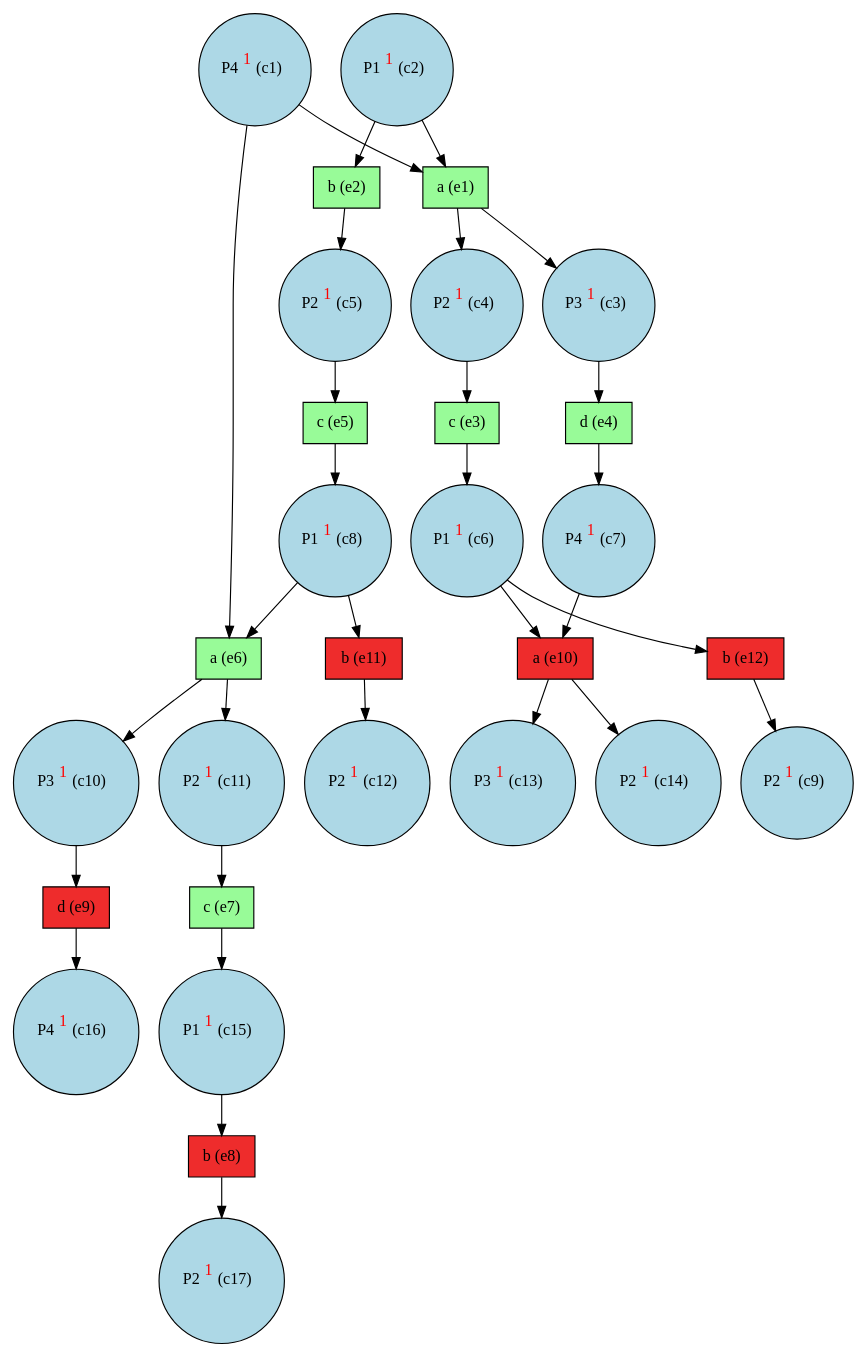
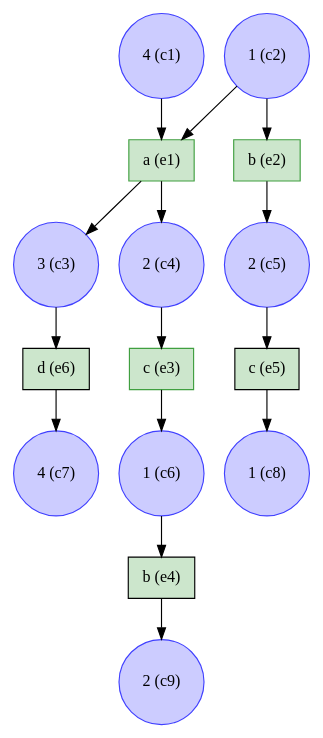
One commit to giannkas/ecofolder changed the diagram in examples/stefan_slide_unf.dot. Above: the diagram before and after it, drawn with Graphviz. The commit also changed 33 other files, not shown here.

```diff
--- a/examples/stefan_slide_unf.dot
+++ b/examples/stefan_slide_unf.dot
@@ -1,61 +1,31 @@
 digraph test {
-  c1 -> e6;
   c1 -> e1;
   c2 -> e2;
   c2 -> e1;
   e1 -> c3;
-  c3 -> e4;
+  c3 -> e6;
   e1 -> c4;
   c4 -> e3;
   e2 -> c5;
   c5 -> e5;
   e3 -> c6;
-  c6 -> e10;
-  c6 -> e12;
-  e4 -> c7;
-  c7 -> e10;
+  c6 -> e4;
+  e6 -> c7;
   e5 -> c8;
-  c8 -> e11;
-  c8 -> e6;
-  e12 -> c9;
-  e6 -> c10;
-  c10 -> e9;
-  e6 -> c11;
-  c11 -> e7;
-  e11 -> c12;
-  e10 -> c13;
-  e10 -> c14;
-  e7 -> c15;
-  c15 -> e8;
-  e9 -> c16;
-  e8 -> c17;
-  c1 [fillcolor=lightblue label= <P4<FONT COLOR="red"><SUP>1</SUP></FONT>&nbsp;(c1)> shape=circle style=filled];
-  c2 [fillcolor=lightblue label= <P1<FONT COLOR="red"><SUP>1</SUP></FONT>&nbsp;(c2)> shape=circle style=filled];
-  c3 [fillcolor=lightblue label= <P3<FONT COLOR="red"><SUP>1</SUP></FONT>&nbsp;(c3)> shape=circle style=filled];
-  c4 [fillcolor=lightblue label= <P2<FONT COLOR="red"><SUP>1</SUP></FONT>&nbsp;(c4)> shape=circle style=filled];
-  c5 [fillcolor=lightblue label= <P2<FONT COLOR="red"><SUP>1</SUP></FONT>&nbsp;(c5)> shape=circle style=filled];
-  c6 [fillcolor=lightblue label= <P1<FONT COLOR="red"><SUP>1</SUP></FONT>&nbsp;(c6)> shape=circle style=filled];
-  c7 [fillcolor=lightblue label= <P4<FONT COLOR="red"><SUP>1</SUP></FONT>&nbsp;(c7)> shape=circle style=filled];
-  c8 [fillcolor=lightblue label= <P1<FONT COLOR="red"><SUP>1</SUP></FONT>&nbsp;(c8)> shape=circle style=filled];
-  c9 [fillcolor=lightblue label= <P2<FONT COLOR="red"><SUP>1</SUP></FONT>&nbsp;(c9)> shape=circle style=filled];
-  c10 [fillcolor=lightblue label= <P3<FONT COLOR="red"><SUP>1</SUP></FONT>&nbsp;(c10)> shape=circle style=filled];
-  c11 [fillcolor=lightblue label= <P2<FONT COLOR="red"><SUP>1</SUP></FONT>&nbsp;(c11)> shape=circle style=filled];
-  c12 [fillcolor=lightblue label= <P2<FONT COLOR="red"><SUP>1</SUP></FONT>&nbsp;(c12)> shape=circle style=filled];
-  c13 [fillcolor=lightblue label= <P3<FONT COLOR="red"><SUP>1</SUP></FONT>&nbsp;(c13)> shape=circle style=filled];
-  c14 [fillcolor=lightblue label= <P2<FONT COLOR="red"><SUP>1</SUP></FONT>&nbsp;(c14)> shape=circle style=filled];
-  c15 [fillcolor=lightblue label= <P1<FONT COLOR="red"><SUP>1</SUP></FONT>&nbsp;(c15)> shape=circle style=filled];
-  c16 [fillcolor=lightblue label= <P4<FONT COLOR="red"><SUP>1</SUP></FONT>&nbsp;(c16)> shape=circle style=filled];
-  c17 [fillcolor=lightblue label= <P2<FONT COLOR="red"><SUP>1</SUP></FONT>&nbsp;(c17)> shape=circle style=filled];
-  e1 [fillcolor=palegreen label="a (e1)" shape=box style=filled];
-  e2 [fillcolor=palegreen label="b (e2)" shape=box style=filled];
-  e3 [fillcolor=palegreen label="c (e3)" shape=box style=filled];
-  e4 [fillcolor=palegreen label="d (e4)" shape=box style=filled];
-  e5 [fillcolor=palegreen label="c (e5)" shape=box style=filled];
-  e6 [fillcolor=palegreen label="a (e6)" shape=box style=filled];
-  e7 [fillcolor=palegreen label="c (e7)" shape=box style=filled];
-  e8 [fillcolor=firebrick2 label="b (e8)" shape=box style=filled];
-  e9 [fillcolor=firebrick2 label="d (e9)" shape=box style=filled];
-  e10 [fillcolor=firebrick2 label="a (e10)" shape=box style=filled];
-  e11 [fillcolor=firebrick2 label="b (e11)" shape=box style=filled];
-  e12 [fillcolor=firebrick2 label="b (e12)" shape=box style=filled];
+  e4 -> c9;
+  c1 [color="#4040ff" fillcolor="#ccccff" label="4 (c1)" shape=circle style=filled];
+  c2 [color="#4040ff" fillcolor="#ccccff" label="1 (c2)" shape=circle style=filled];
+  c3 [color="#4040ff" fillcolor="#ccccff" label="3 (c3)" shape=circle style=filled];
+  c4 [color="#4040ff" fillcolor="#ccccff" label="2 (c4)" shape=circle style=filled];
+  c5 [color="#4040ff" fillcolor="#ccccff" label="2 (c5)" shape=circle style=filled];
+  c6 [color="#4040ff" fillcolor="#ccccff" label="1 (c6)" shape=circle style=filled];
+  c7 [color="#4040ff" fillcolor="#ccccff" label="4 (c7)" shape=circle style=filled];
+  c8 [color="#4040ff" fillcolor="#ccccff" label="1 (c8)" shape=circle style=filled];
+  c9 [color="#4040ff" fillcolor="#ccccff" label="2 (c9)" shape=circle style=filled];
+  e1 [color="#409f40" fillcolor="#cce6cc" label="a (e1)" shape=box style=filled];
+  e2 [color="#409f40" fillcolor="#cce6cc" label="b (e2)" shape=box style=filled];
+  e3 [color="#409f40" fillcolor="#cce6cc" label="c (e3)" shape=box style=filled];
+  e4 [color=black fillcolor="#cce6cc" label="b (e4)" shape=box style=filled];
+  e5 [color=black fillcolor="#cce6cc" label="c (e5)" shape=box style=filled];
+  e6 [color=black fillcolor="#cce6cc" label="d (e6)" shape=box style=filled];
 }
```
